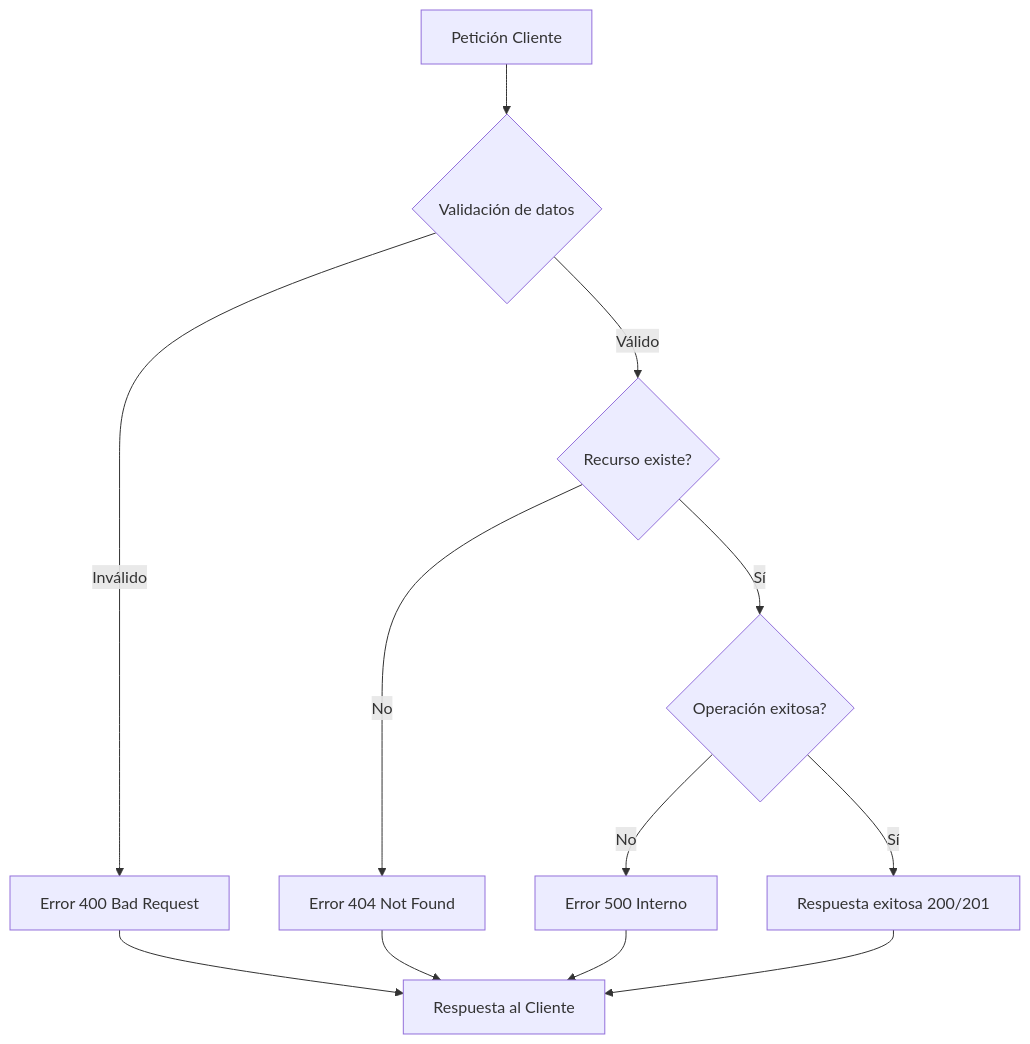
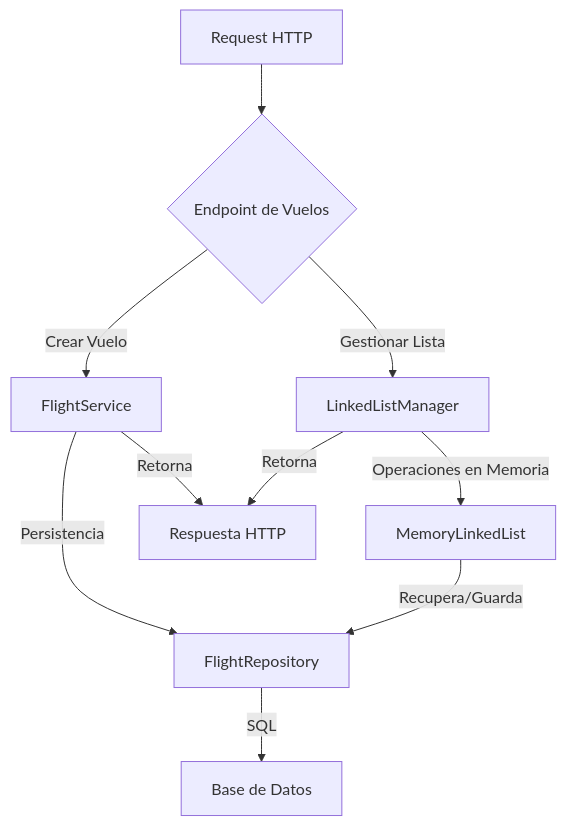
One commit to marcelovidalp/Act02_LL_Airport changed the sixth of 6 diagrams in docs/architecture.md. Above: the diagram before and after it, drawn with Mermaid. The commit also changed other lines of this file and 36 other files, not shown here.

````diff
--- a/docs/architecture.md
+++ b/docs/architecture.md
@@ -183,15 +230,15 @@
 ```mermaid
 flowchart TD
-    A[Petición Cliente] --> B{Validación de datos}
-    B -->|Inválido| C[Error 400 Bad Request]
-    B -->|Válido| D{Recurso existe?}
-    D -->|No| E[Error 404 Not Found]
-    D -->|Sí| F{Operación exitosa?}
-    F -->|No| G[Error 500 Interno]
-    F -->|Sí| H[Respuesta exitosa 200/201]
+    A[Request HTTP] --> B{Endpoint de Vuelos}
+    B -->|Crear Vuelo| C[FlightService]
+    B -->|Gestionar Lista| D[LinkedListManager]
     
-    C --> Z[Respuesta al Cliente]
-    E --> Z
-    G --> Z
-    H --> Z
+    C -->|Persistencia| E[FlightRepository]
+    D -->|Operaciones en Memoria| F[MemoryLinkedList]
+    
+    E -->|SQL| G[Base de Datos]
+    F -->|Recupera/Guarda| E
+    
+    C -->|Retorna| H[Respuesta HTTP]
+    D -->|Retorna| H
 ```
````
